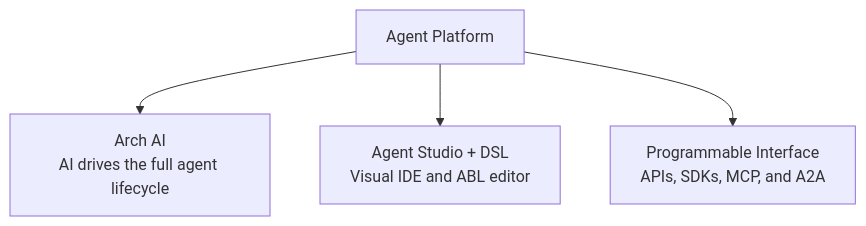
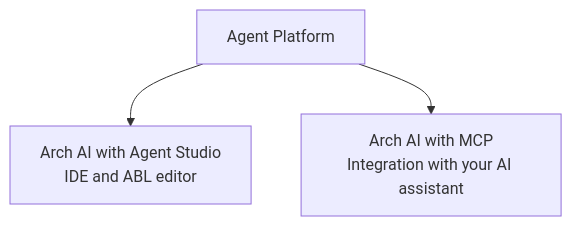
Before and after one commit to Koredotcom/docs-v2: the first of 2 diagrams in agent-platform/getting-started.mdx, drawn with Mermaid. The commit also changed other lines of this file, not shown here.

Commit message:
GSG - Mermaid diagram update to build using platform

````diff
--- a/agent-platform/getting-started.mdx
+++ b/agent-platform/getting-started.mdx
@@ -20,7 +20,6 @@
 ```mermaid actions={false}
 flowchart TD
     P["Agent Platform"]
-    P --> A["Arch AI<br />AI drives the full agent lifecycle"]
-    P --> B["Agent Studio + DSL<br />Visual IDE and ABL editor"]
-    P --> C["Programmable Interface<br />APIs, SDKs, MCP, and A2A"]
+    P --> B["Arch AI with Agent Studio<br />IDE and ABL editor"]
+    P --> C["Arch AI with MCP<br />Integration with your AI assistant"]
 ```
````
